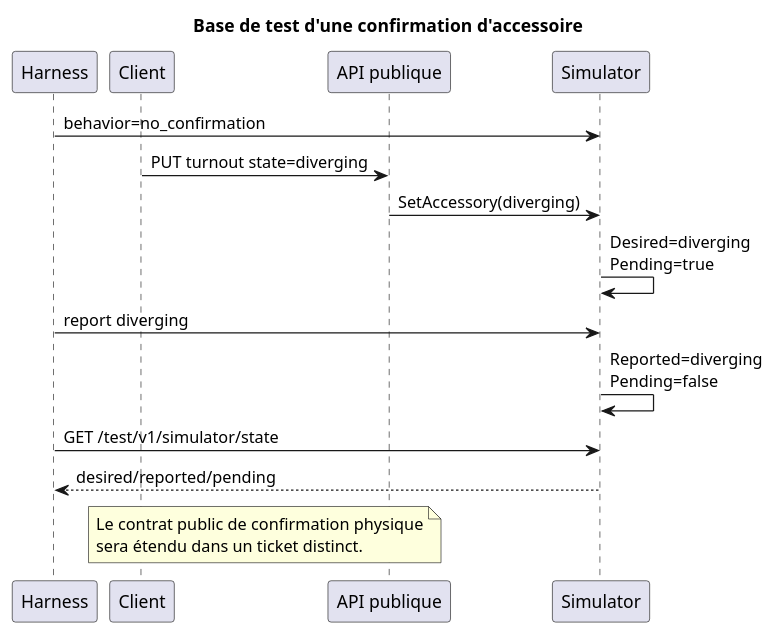
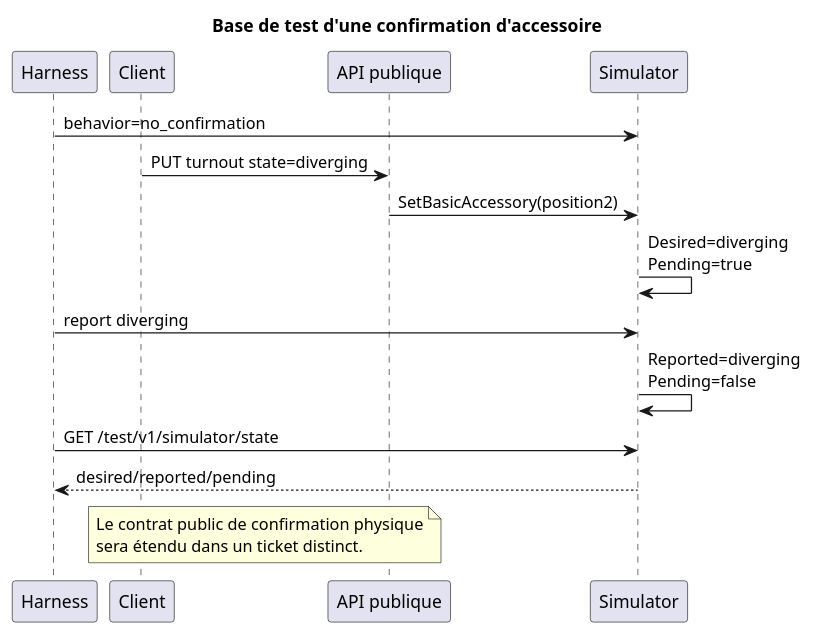
The seventh of 9 diagrams in docs/CLIENT_SIMULATOR_GUIDE.md (agm650/TrainPilot-server), drawn with PlantUML before and after one commit. The commit also changed 22 other files, not shown here.

Commit message:
refactor(station): type basic accessory control and reports

````diff
--- a/docs/CLIENT_SIMULATOR_GUIDE.md
+++ b/docs/CLIENT_SIMULATOR_GUIDE.md
@@ -994,24 +994,24 @@
 ```plantuml
 @startuml
 title Base de test d'une confirmation d'accessoire
 
 participant Harness
 participant Client
 participant "API publique" as API
 participant Simulator
 
 Harness -> Simulator : behavior=no_confirmation
 Client -> API : PUT turnout state=diverging
-API -> Simulator : SetAccessory(diverging)
+API -> Simulator : SetBasicAccessory(position2)
 Simulator -> Simulator : Desired=diverging\nPending=true
 Harness -> Simulator : report diverging
 Simulator -> Simulator : Reported=diverging\nPending=false
 Harness -> Simulator : GET /test/v1/simulator/state
 Simulator --> Harness : desired/reported/pending
 
 note over Client,API
   Le contrat public de confirmation physique
   sera étendu dans un ticket distinct.
 end note
 @enduml
 ```
````
